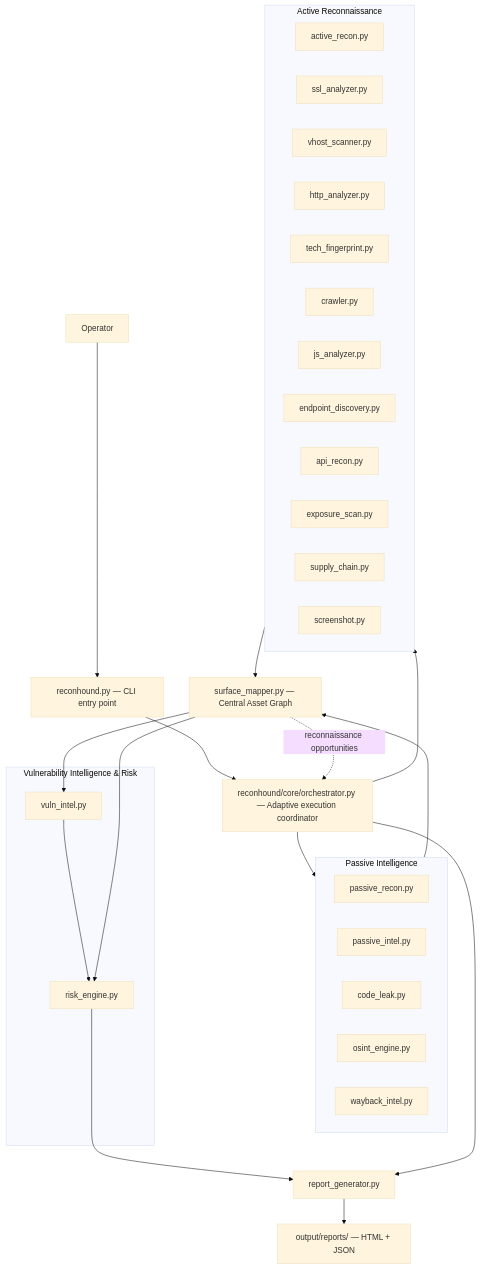
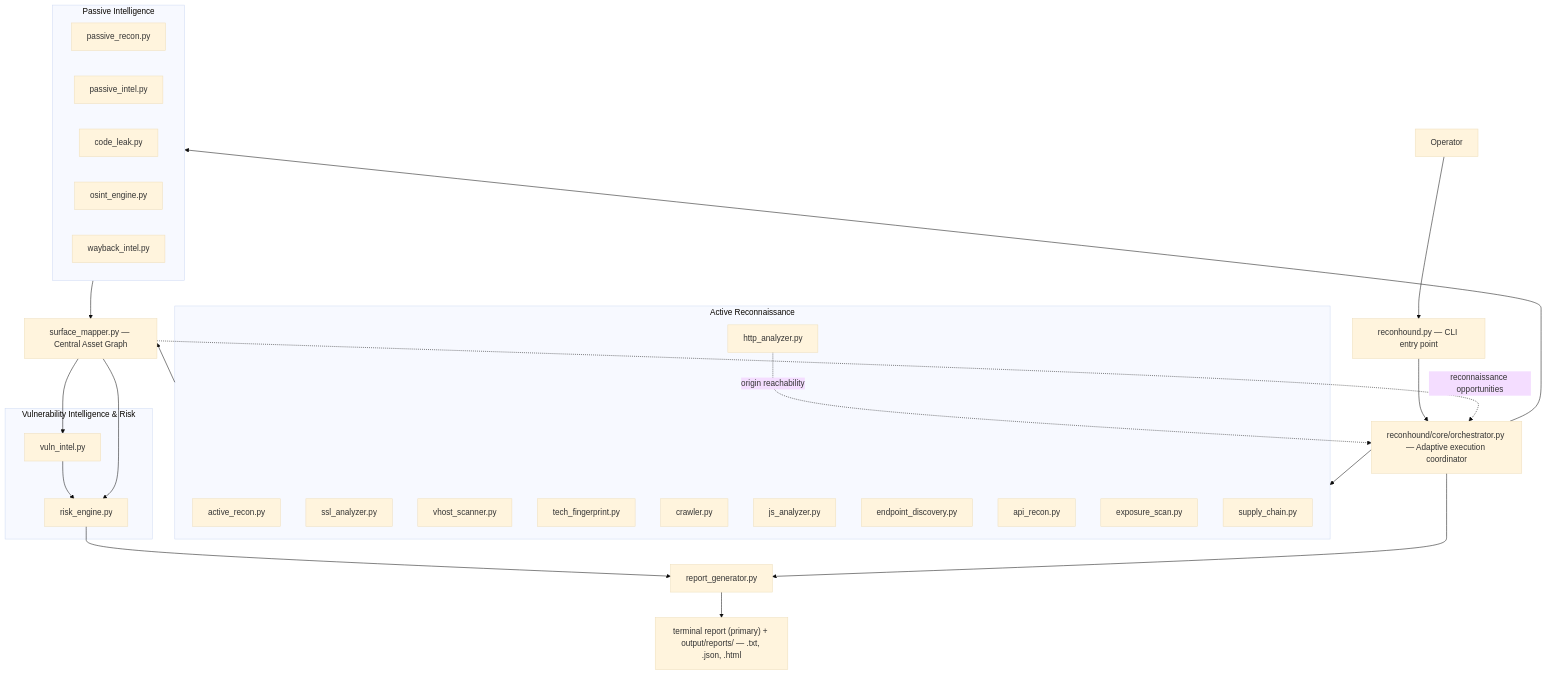
One commit to 01-x3r0n3/ReconHound changed the diagram in README.md. Above: the diagram before and after it, drawn with Mermaid (base theme). The commit also changed other lines of this file and 36 other files, not shown here.

````diff
--- a/README.md
+++ b/README.md
@@ -108,48 +95,48 @@
 ```mermaid
 flowchart TD
     U["Operator"] --> CLI["reconhound.py — CLI entry point"]
     CLI --> ORCH["reconhound/core/orchestrator.py — Adaptive execution coordinator"]
 
     subgraph PASSIVE["Passive Intelligence"]
         PR["passive_recon.py"]
         PI["passive_intel.py"]
         CL["code_leak.py"]
         OS["osint_engine.py"]
         WB["wayback_intel.py"]
     end
 
     subgraph ACTIVE["Active Reconnaissance"]
         AR["active_recon.py"]
         SSL["ssl_analyzer.py"]
         VH["vhost_scanner.py"]
         HTTP["http_analyzer.py"]
         TF["tech_fingerprint.py"]
         CR["crawler.py"]
         JS["js_analyzer.py"]
         ED["endpoint_discovery.py"]
         API["api_recon.py"]
         EX["exposure_scan.py"]
         SC["supply_chain.py"]
-        SCR["screenshot.py"]
     end
 
     subgraph INTEL["Vulnerability Intelligence & Risk"]
         VI["vuln_intel.py"]
         RE["risk_engine.py"]
     end
 
     SM["surface_mapper.py — Central Asset Graph"]
     RG["report_generator.py"]
 
     ORCH --> PASSIVE
     ORCH --> ACTIVE
     PASSIVE --> SM
     ACTIVE --> SM
     SM -. reconnaissance opportunities .-> ORCH
+    HTTP -. origin reachability .-> ORCH
     SM --> VI
     VI --> RE
     SM --> RE
     RE --> RG
     ORCH --> RG
-    RG --> OUT["output/reports/ — HTML + JSON"]
+    RG --> OUT["terminal report (primary) + output/reports/ — .txt, .json, .html"]
 ```
````
